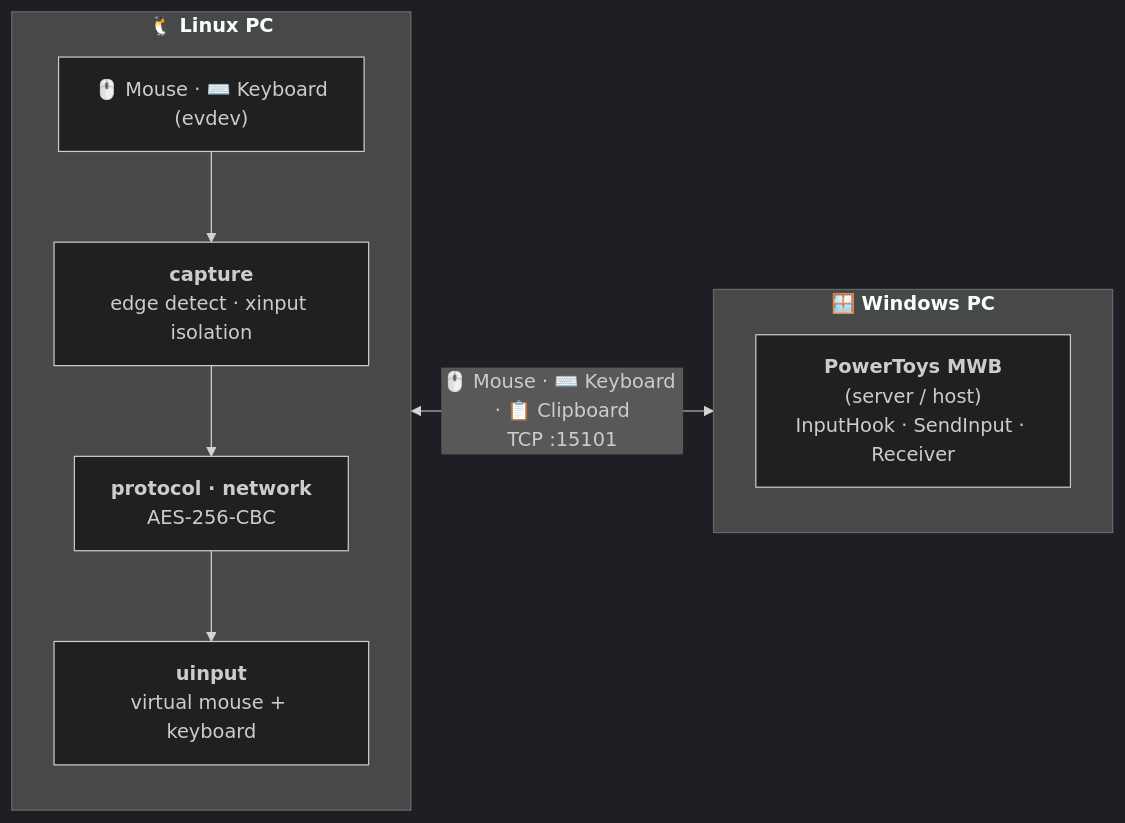
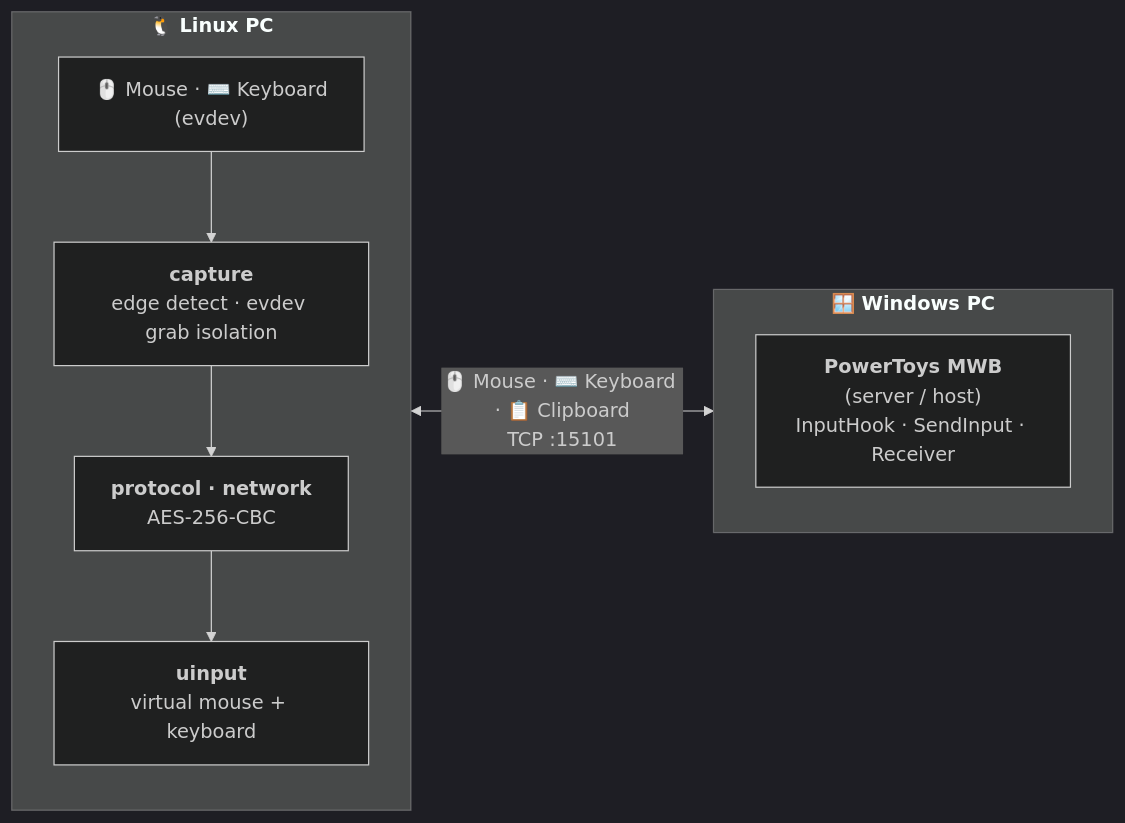
One commit to lucky-verma/mwb-linux changed the first of 3 diagrams in docs/ARCHITECTURE.md. Above: the diagram before and after it, drawn with Mermaid (dark theme). The commit also changed other lines of this file and 10 other files, not shown here.

````diff
--- a/docs/ARCHITECTURE.md
+++ b/docs/ARCHITECTURE.md
@@ -9,17 +9,17 @@
 ```mermaid
 flowchart LR
     subgraph LX["🐧 <b>Linux PC</b>"]
         direction TB
         DEV["🖱️ Mouse · ⌨️ Keyboard<br/>(evdev)"]
-        CAP["<b>capture</b><br/>edge detect · xinput isolation"]
+        CAP["<b>capture</b><br/>edge detect · evdev grab isolation"]
         NET["<b>protocol · network</b><br/>AES-256-CBC"]
         UIN["<b>uinput</b><br/>virtual mouse + keyboard"]
         DEV --> CAP --> NET
         NET --> UIN
     end
     subgraph WN["🪟 <b>Windows PC</b>"]
         direction TB
         PT["<b>PowerToys MWB</b><br/>(server / host)<br/>InputHook · SendInput · Receiver"]
     end
     NET <-->|" 🖱️ Mouse · ⌨️ Keyboard · 📋 Clipboard<br/>TCP :15101 "| PT
 ```
````
